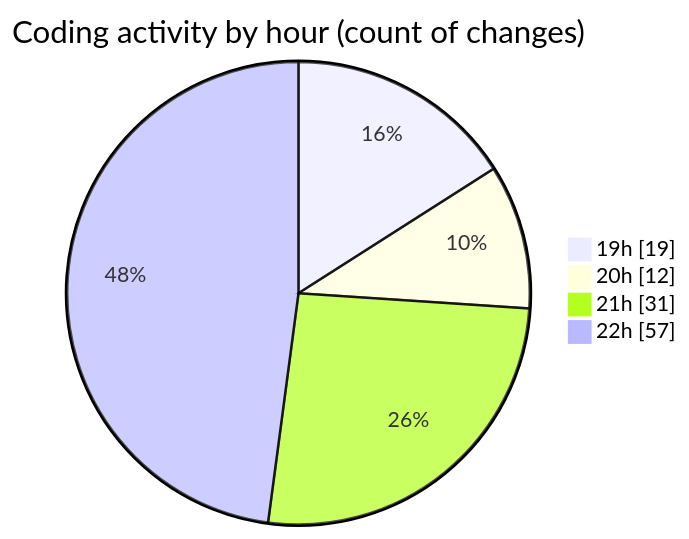
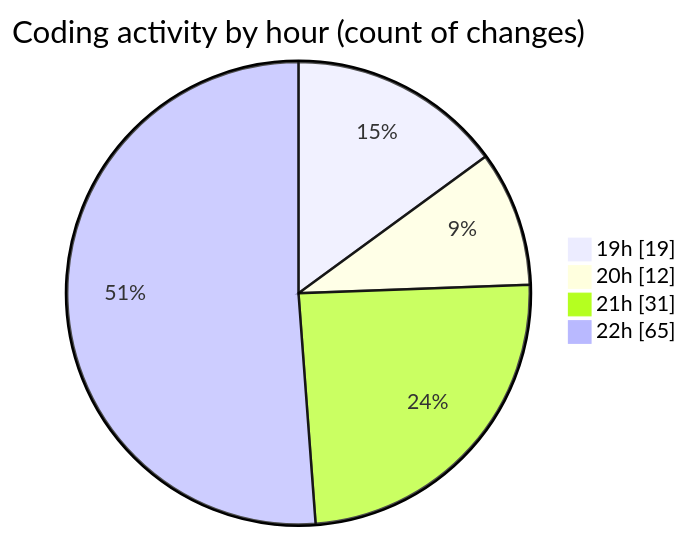
One commit to lephambinh05/code-tracking changed the second of 2 diagrams in 2025-07-28/quanlyrapchieuphim-2/README.md. Above: the diagram before and after it, drawn with Mermaid. The commit also changed other lines of this file and 1 other file, not shown here.

````diff
--- a/2025-07-28/quanlyrapchieuphim-2/README.md
+++ b/2025-07-28/quanlyrapchieuphim-2/README.md
@@ -59,8 +59,8 @@
 ```mermaid
 pie showData
 title Coding activity by hour (count of changes)
 "19h" : 19
 "20h" : 12
 "21h" : 31
-"22h" : 57
+"22h" : 65
 ```
````
